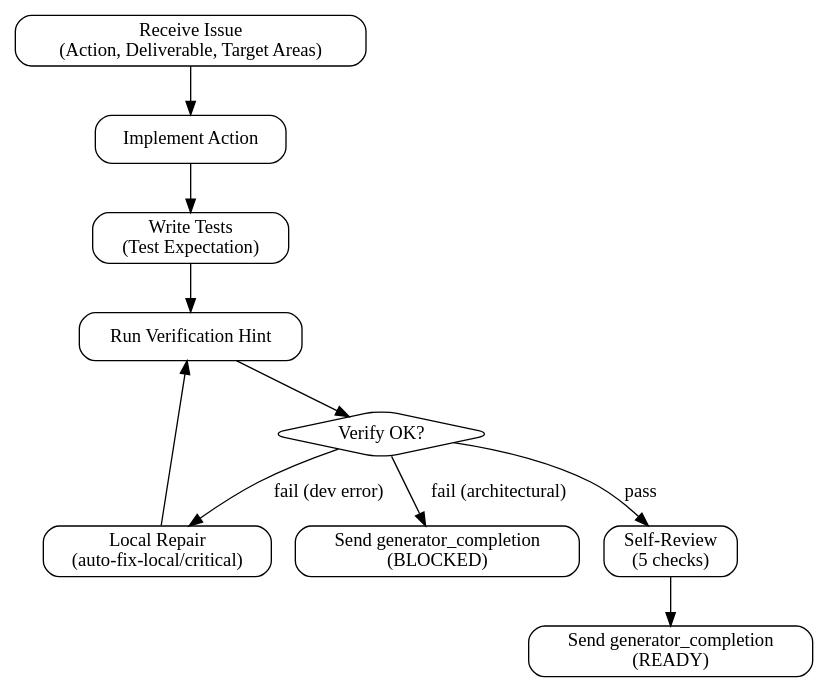
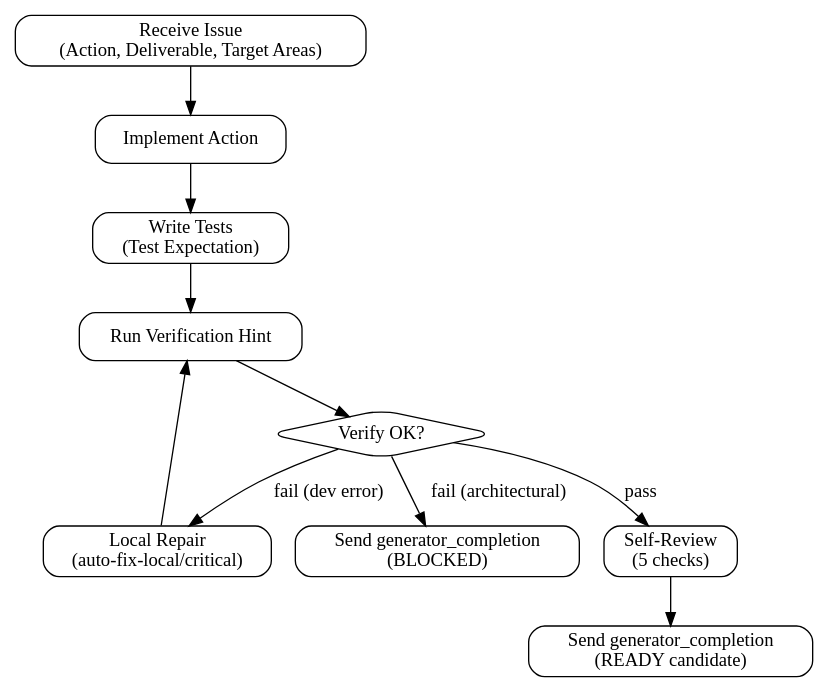
Before and after one commit to feng-y/pge: the first of 2 diagrams in skills/pge-exec/handoffs/generator.md, drawn with Graphviz. The commit also changed other lines of this file and 5 other files, not shown here.

Commit message:
Revise pge-exec final verification flow

````diff
--- a/skills/pge-exec/handoffs/generator.md
+++ b/skills/pge-exec/handoffs/generator.md
@@ -5,23 +5,23 @@
 ```dot
 digraph generator {
   rankdir=TB;
   node [shape=box, style=rounded];
 
   receive [label="Receive Issue\n(Action, Deliverable, Target Areas)"];
   implement [label="Implement Action"];
   write_tests [label="Write Tests\n(Test Expectation)"];
   verify [label="Run Verification Hint"];
   self_review [label="Self-Review\n(5 checks)"];
   verify_ok [label="Verify OK?", shape=diamond];
   local_repair [label="Local Repair\n(auto-fix-local/critical)"];
-  completion [label="Send generator_completion\n(READY)"];
+  completion [label="Send generator_completion\n(READY candidate)"];
   blocked [label="Send generator_completion\n(BLOCKED)"];
 
   receive -> implement -> write_tests -> verify -> verify_ok;
   verify_ok -> self_review [label="pass"];
   verify_ok -> local_repair [label="fail (dev error)"];
   verify_ok -> blocked [label="fail (architectural)"];
   local_repair -> verify;
   self_review -> completion;
 }
 ```
````
